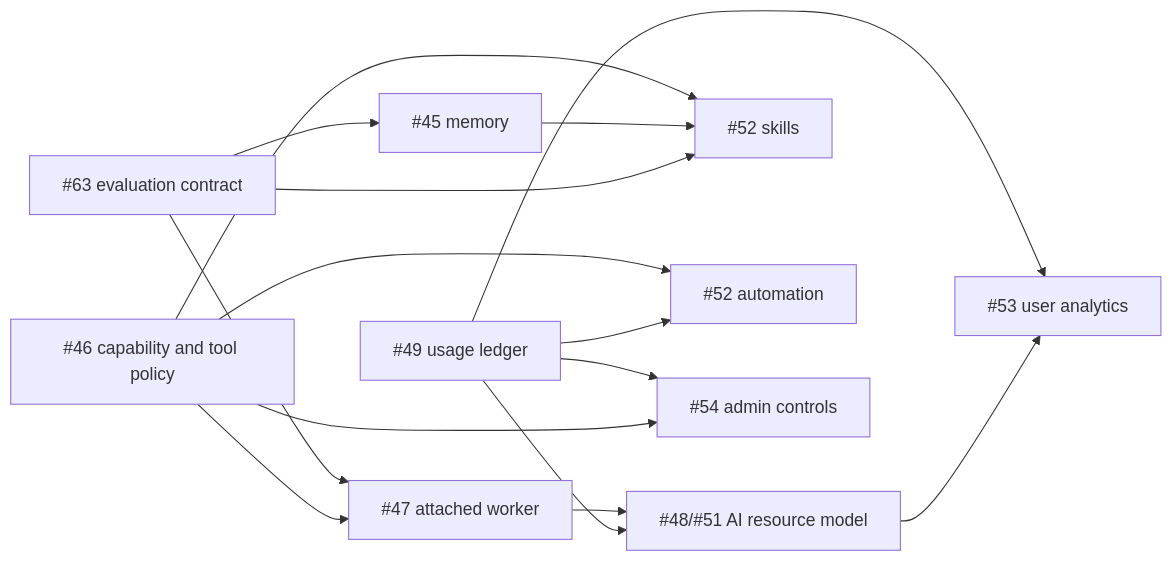
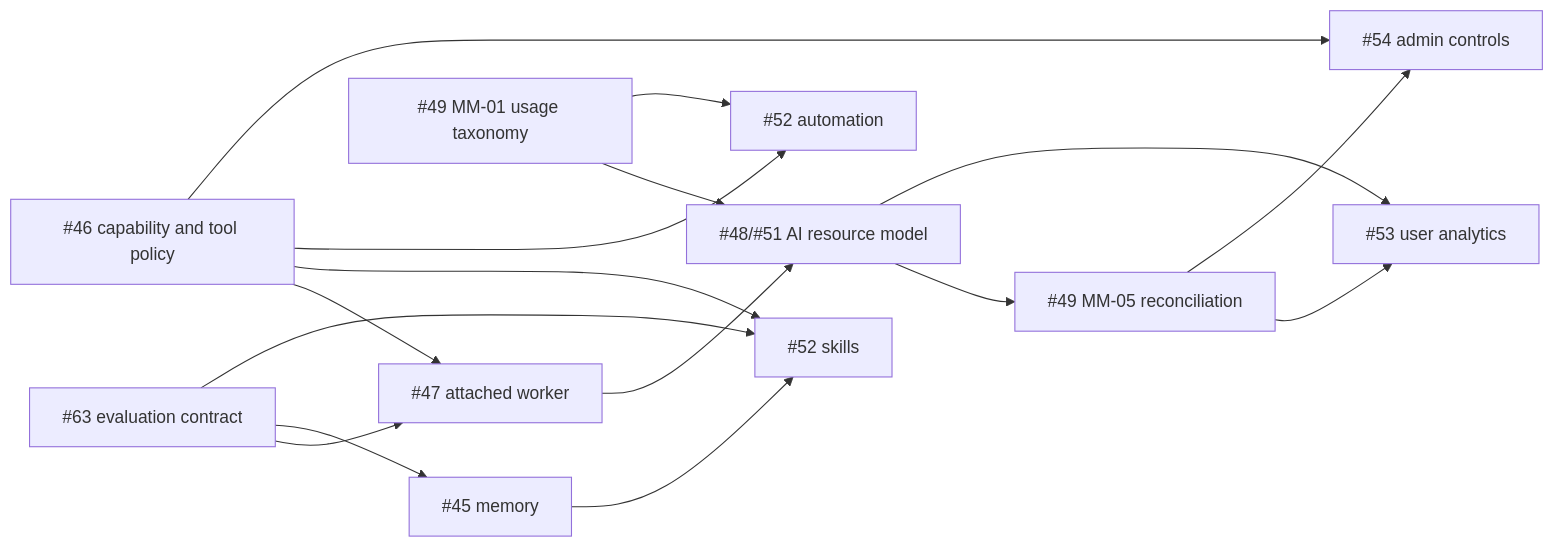
Before and after one commit to urandon/sessionless: the diagram in docs/research/README.md, drawn with Mermaid. The commit also changed 4 other files, not shown here.

````diff
--- a/docs/research/README.md
+++ b/docs/research/README.md
@@ -48,28 +48,30 @@
 ```mermaid
 flowchart LR
     EVAL["#63 evaluation contract"]
     TOOLS["#46 capability and tool policy"]
     WORKER["#47 attached worker"]
     RESOURCE["#48/#51 AI resource model"]
-    METER["#49 usage ledger"]
+    METER["#49 MM-01 usage taxonomy"]
+    RECON["#49 MM-05 reconciliation"]
     MEMORY["#45 memory"]
     SKILLS["#52 skills"]
     AUTO["#52 automation"]
     USER["#53 user analytics"]
     ADMIN["#54 admin controls"]
 
     EVAL --> WORKER
     TOOLS --> WORKER
     WORKER --> RESOURCE
     METER --> RESOURCE
+    RESOURCE --> RECON
     EVAL --> MEMORY
     TOOLS --> SKILLS
     MEMORY --> SKILLS
     EVAL --> SKILLS
     TOOLS --> AUTO
     METER --> AUTO
-    METER --> USER
+    RECON --> USER
     RESOURCE --> USER
-    METER --> ADMIN
+    RECON --> ADMIN
     TOOLS --> ADMIN
 ```
````
